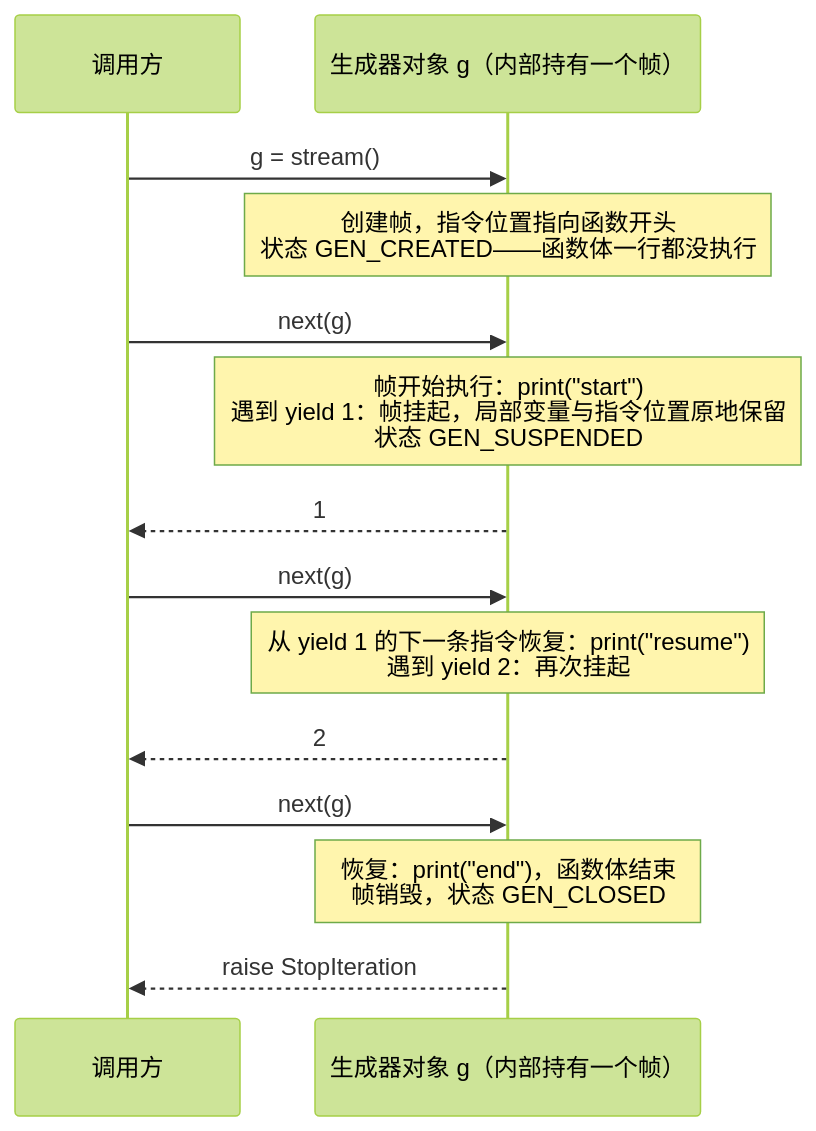
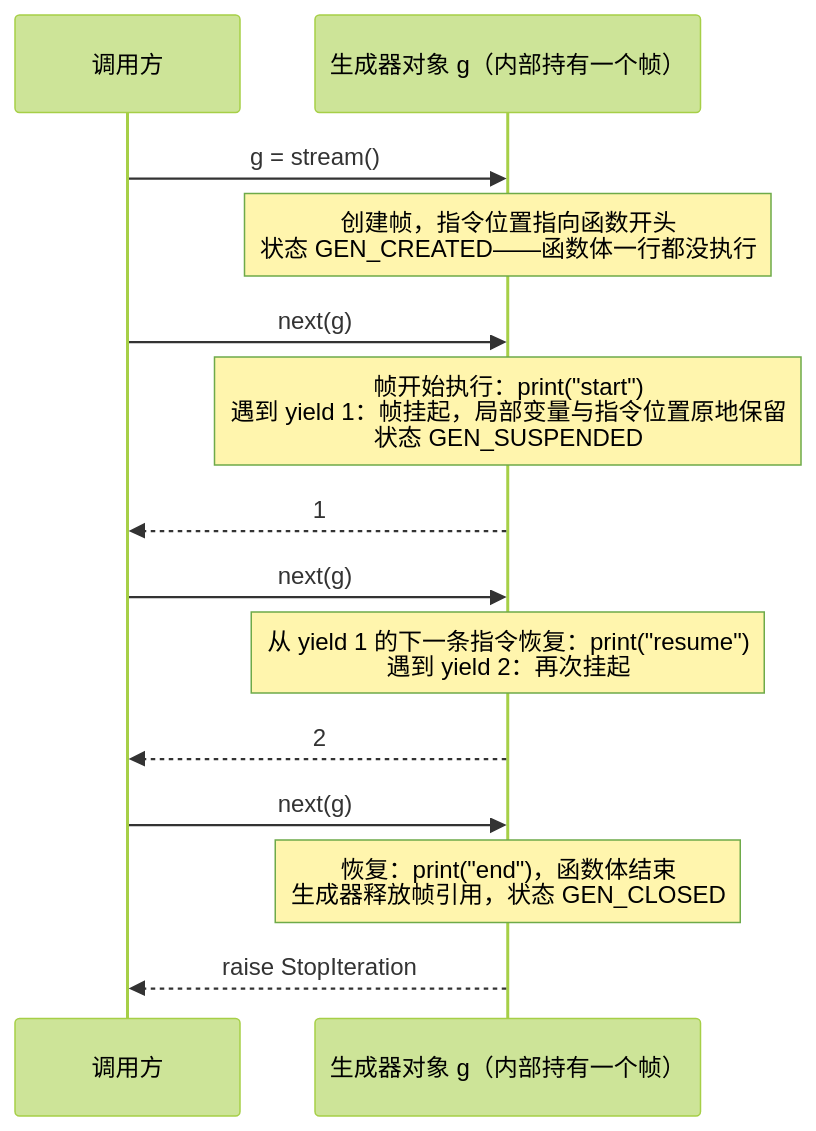
The sixth of 7 diagrams in _posts/2026-01-24-python-object-model-protocols-decorators-and-generators.md (arganzheng/arganzheng.github.com), drawn with Mermaid (forest theme) before and after one commit. The commit also changed other lines of this file, not shown here.

````diff
--- a/_posts/2026-01-24-python-object-model-protocols-decorators-and-generators.md
+++ b/_posts/2026-01-24-python-object-model-protocols-decorators-and-generators.md
@@ -869,17 +916,17 @@
 ```mermaid
 %% 图：生成器的执行时序：帧在 yield 处挂起而不是销毁，next() 再从断点恢复
 sequenceDiagram
     participant C as 调用方
     participant G as 生成器对象 g（内部持有一个帧）
     C->>G: g = stream()
     Note over G: 创建帧，指令位置指向函数开头<br/>状态 GEN_CREATED——函数体一行都没执行
     C->>G: next(g)
     Note over G: 帧开始执行：print("start")<br/>遇到 yield 1：帧挂起，局部变量与指令位置原地保留<br/>状态 GEN_SUSPENDED
     G-->>C: 1
     C->>G: next(g)
     Note over G: 从 yield 1 的下一条指令恢复：print("resume")<br/>遇到 yield 2：再次挂起
     G-->>C: 2
     C->>G: next(g)
-    Note over G: 恢复：print("end")，函数体结束<br/>帧销毁，状态 GEN_CLOSED
+    Note over G: 恢复：print("end")，函数体结束<br/>生成器释放帧引用，状态 GEN_CLOSED
     G-->>C: raise StopIteration
 ```
````
